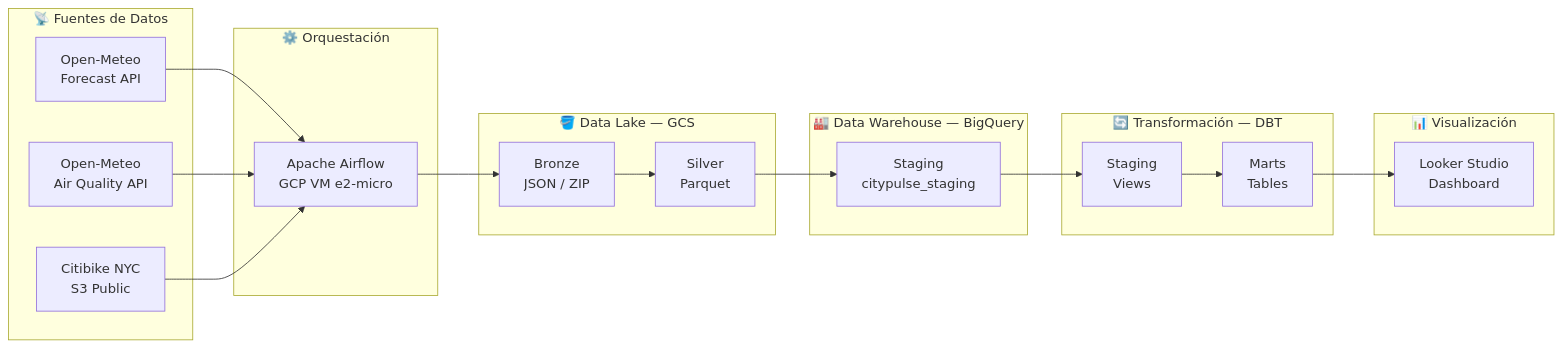
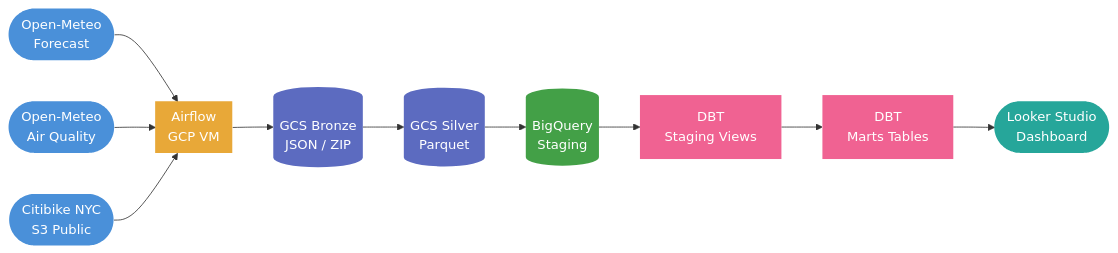
One commit to TomasRipsky/CityPulse_Analytics changed the first of 5 diagrams in README.md. Above: the diagram before and after it, drawn with Mermaid. The commit also changed other lines of this file, not shown here.

````diff
--- a/README.md
+++ b/README.md
@@ -33,40 +33,39 @@
 ```mermaid
 flowchart LR
-    subgraph Sources["📡 Fuentes de Datos"]
-        A1[Open-Meteo\nForecast API]
-        A2[Open-Meteo\nAir Quality API]
-        A3[Citibike NYC\nS3 Public]
-    end
+    A1([Open-Meteo
+Forecast]) --> B
+    A2([Open-Meteo
+Air Quality]) --> B
+    A3([Citibike NYC
+S3 Public]) --> B
 
-    subgraph Orchestration["⚙️ Orquestación"]
-        B[Apache Airflow\nGCP VM e2-micro]
-    end
+    B[[Airflow
+GCP VM]] --> C1
 
-    subgraph Lake["🪣 Data Lake — GCS"]
-        C1[Bronze\nJSON / ZIP]
-        C2[Silver\nParquet]
-    end
+    C1[(GCS Bronze
+JSON / ZIP)] --> C2
+    C2[(GCS Silver
+Parquet)] --> D
 
-    subgraph Warehouse["🏭 Data Warehouse — BigQuery"]
-        D[Staging\ncitypulse_staging]
-    end
+    D[(BigQuery
+Staging)] --> E1
 
-    subgraph Transformation["🔄 Transformación — DBT"]
-        E1[Staging\nViews]
-        E2[Marts\nTables]
-    end
+    E1[DBT
+Staging Views] --> E2
+    E2[DBT
+Marts Tables] --> F
 
-    subgraph Dashboard["📊 Visualización"]
-        F[Looker Studio\nDashboard]
-    end
+    F([Looker Studio
+Dashboard])
 
-    A1 --> B
-    A2 --> B
-    A3 --> B
-    B --> C1
-    C1 --> C2
-    C2 --> D
-    D --> E1
-    E1 --> E2
-    E2 --> F
+    style A1 fill:#4A90D9,color:#fff,stroke:none
+    style A2 fill:#4A90D9,color:#fff,stroke:none
+    style A3 fill:#4A90D9,color:#fff,stroke:none
+    style B fill:#E8A838,color:#fff,stroke:none
+    style C1 fill:#5C6BC0,color:#fff,stroke:none
+    style C2 fill:#5C6BC0,color:#fff,stroke:none
+    style D fill:#43A047,color:#fff,stroke:none
+    style E1 fill:#F06292,color:#fff,stroke:none
+    style E2 fill:#F06292,color:#fff,stroke:none
+    style F fill:#26A69A,color:#fff,stroke:none
 ```
````
